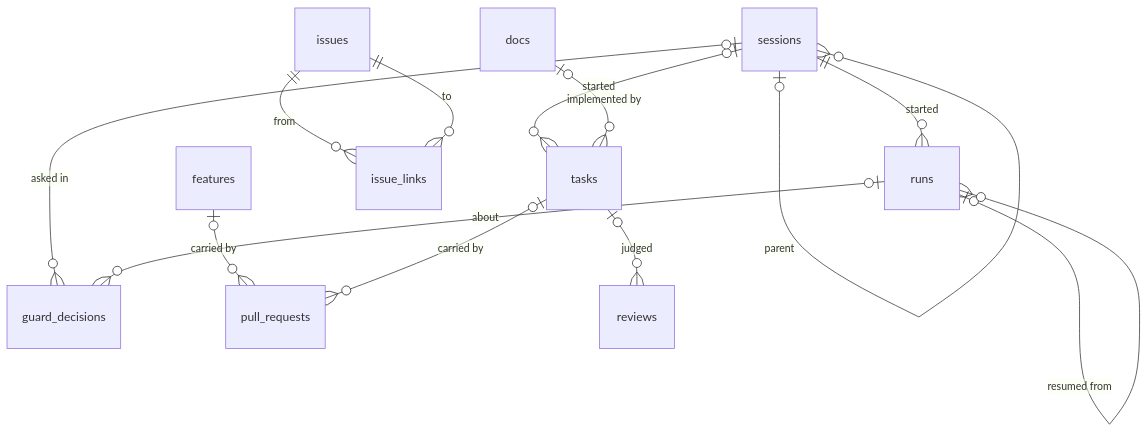
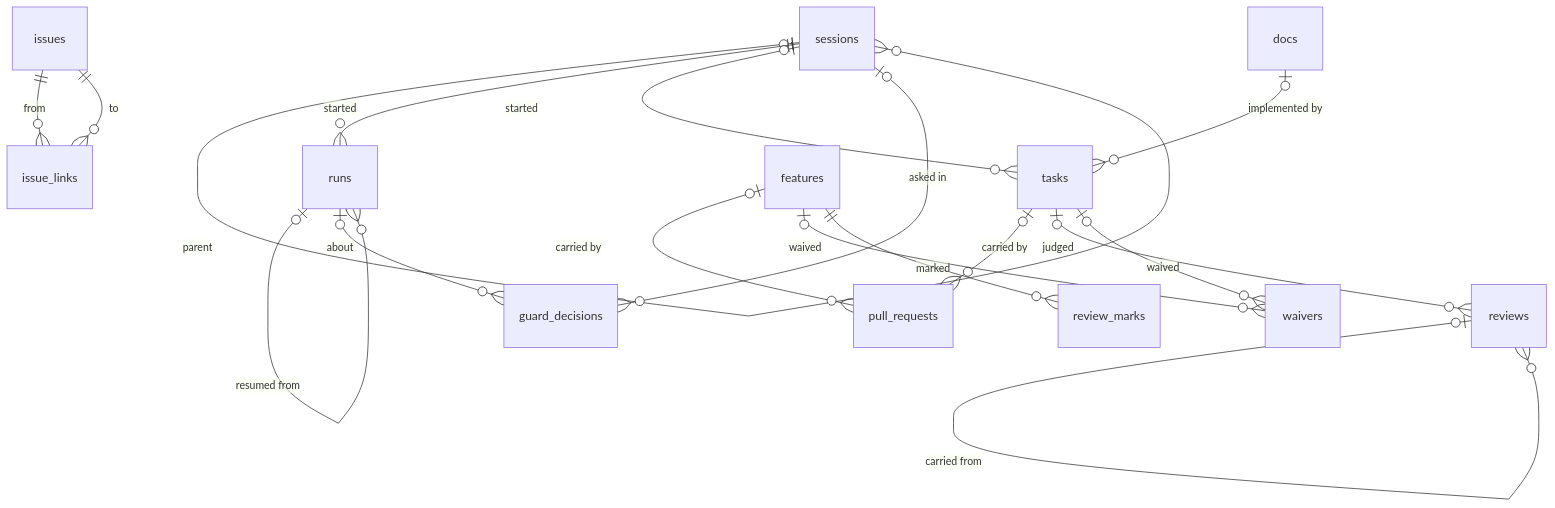
Diagram 11 of 12 in docs/architecture/TRAJECTORY.md (trustmybot/tmb), drawn with Mermaid before and after one commit. The commit also changed other lines of this file and 2 other files, not shown here.

````diff
--- a/docs/architecture/TRAJECTORY.md
+++ b/docs/architecture/TRAJECTORY.md
@@ -560,15 +560,19 @@
 ```mermaid
 erDiagram
     sessions |o--o{ sessions : "parent"
     sessions ||--o{ runs : "started"
     sessions |o--o{ tasks : "started"
     sessions |o--o{ guard_decisions : "asked in"
     runs |o--o{ runs : "resumed from"
     runs |o--o{ guard_decisions : "about"
     issues ||--o{ issue_links : "from"
     issues ||--o{ issue_links : "to"
     features |o--o{ pull_requests : "carried by"
     tasks |o--o{ pull_requests : "carried by"
     tasks |o--o{ reviews : "judged"
+    reviews |o--o{ reviews : "carried from"
+    tasks |o--o{ waivers : "waived"
+    features |o--o{ waivers : "waived"
+    features ||--o{ review_marks : "marked"
     docs |o--o{ tasks : "implemented by"
 ```
````
